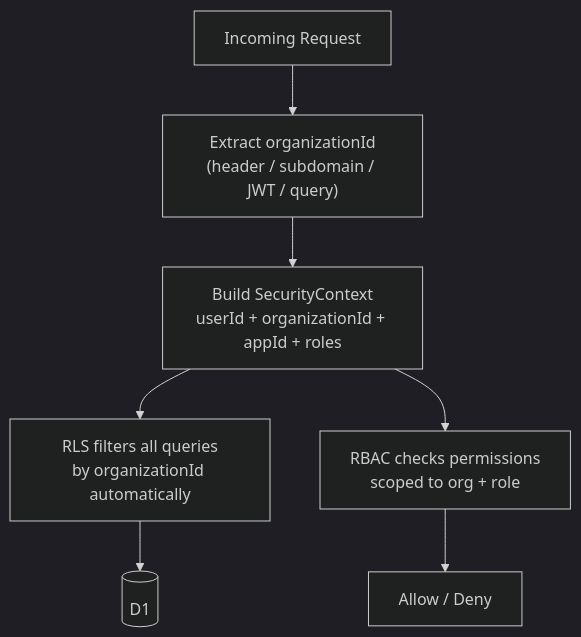
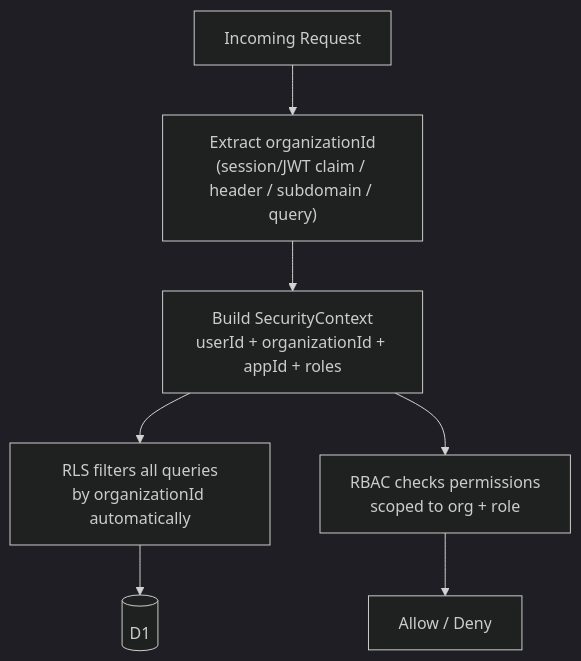
Before and after one commit to thinkdj/ottabase: the seventh of 13 diagrams in ARCHITECTURE.md, drawn with Mermaid (dark theme). The commit also changed other lines of this file and 48 other files, not shown here.

````diff
--- a/ARCHITECTURE.md
+++ b/ARCHITECTURE.md
@@ -295,10 +297,10 @@
 ```mermaid
 flowchart TD
-    Req[Incoming Request] --> Extract["Extract organizationId<br/>(header / subdomain / JWT / query)"]
+    Req[Incoming Request] --> Extract["Extract organizationId<br/>(session/JWT claim / header / subdomain / query)"]
     Extract --> Context["Build SecurityContext<br/>userId + organizationId + appId + roles"]
     Context --> RLS["RLS filters all queries<br/>by organizationId automatically"]
     RLS --> D1[(D1)]
 
     Context --> RBAC["RBAC checks permissions<br/>scoped to org + role"]
     RBAC --> Allow[Allow / Deny]
 ```
````
